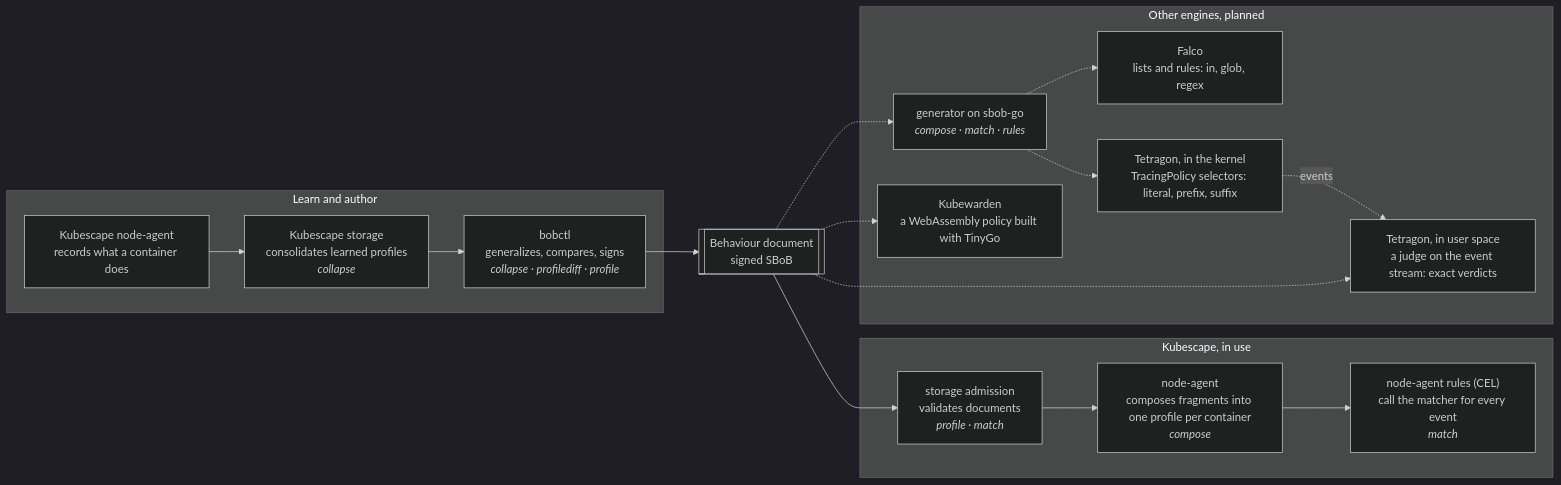
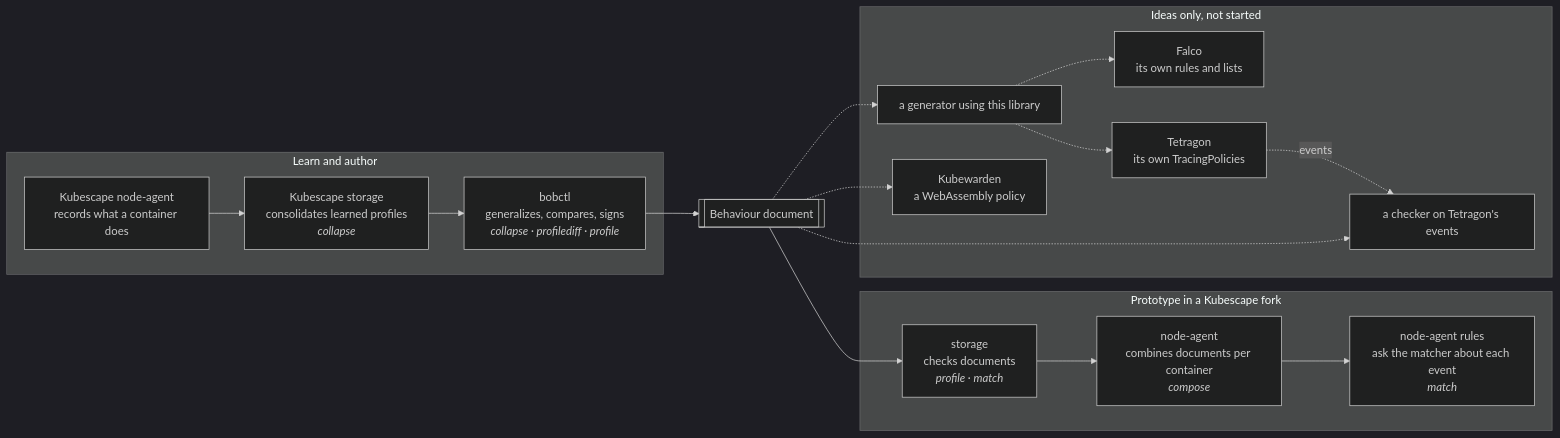
The diagram in README.md (k8sstormcenter/sbob-go), drawn with Mermaid (dark theme) before and after one commit. The commit also changed other lines of this file and 1 other file, not shown here.

First line of the commit message:
docs: present the library as a prototype for a proposal to unify runtime profiling

````diff
--- a/README.md
+++ b/README.md
@@ -13,33 +17,33 @@
 ```mermaid
 flowchart LR
     subgraph learn["Learn and author"]
         observe["Kubescape node-agent<br/>records what a container does"]
         consolidate["Kubescape storage<br/>consolidates learned profiles<br/><i>collapse</i>"]
         bobctl["bobctl<br/>generalizes, compares, signs<br/><i>collapse · profilediff · profile</i>"]
     end
 
-    doc[["Behaviour document<br/>signed SBoB"]]
+    doc[["Behaviour document"]]
 
-    subgraph ks["Kubescape, in use"]
-        admit["storage admission<br/>validates documents<br/><i>profile · match</i>"]
-        project["node-agent<br/>composes fragments into one profile per container<br/><i>compose</i>"]
-        judge_ks["node-agent rules (CEL)<br/>call the matcher for every event<br/><i>match</i>"]
+    subgraph ks["Prototype in a Kubescape fork"]
+        admit["storage<br/>checks documents<br/><i>profile · match</i>"]
+        project["node-agent<br/>combines documents per container<br/><i>compose</i>"]
+        judge_ks["node-agent rules<br/>ask the matcher about each event<br/><i>match</i>"]
     end
 
-    subgraph next["Other engines, planned"]
-        gen["generator on sbob-go<br/><i>compose · match · rules</i>"]
-        falco["Falco<br/>lists and rules: in, glob, regex"]
-        tetra_k["Tetragon, in the kernel<br/>TracingPolicy selectors: literal, prefix, suffix"]
-        tetra_u["Tetragon, in user space<br/>a judge on the event stream: exact verdicts"]
-        kw["Kubewarden<br/>a WebAssembly policy built with TinyGo"]
+    subgraph next["Ideas only, not started"]
+        gen["a generator using this library"]
+        falco["Falco<br/>its own rules and lists"]
+        tetra_k["Tetragon<br/>its own TracingPolicies"]
+        tetra_u["a checker on Tetragon's events"]
+        kw["Kubewarden<br/>a WebAssembly policy"]
     end
 
     observe --> consolidate --> bobctl --> doc
     doc --> admit --> project --> judge_ks
     doc -.-> gen
     gen -.-> falco
     gen -.-> tetra_k
     tetra_k -.->|events| tetra_u
     doc -.-> tetra_u
     doc -.-> kw
 ```
````
